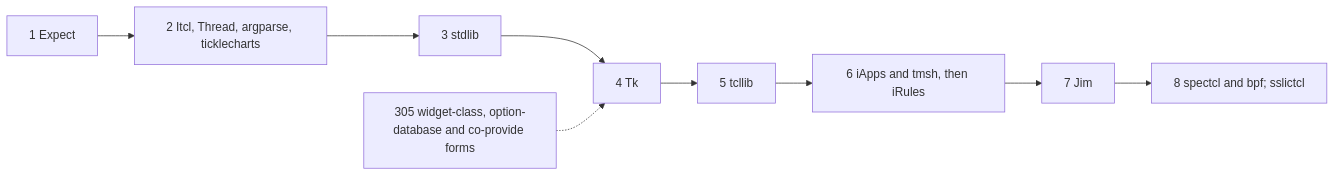
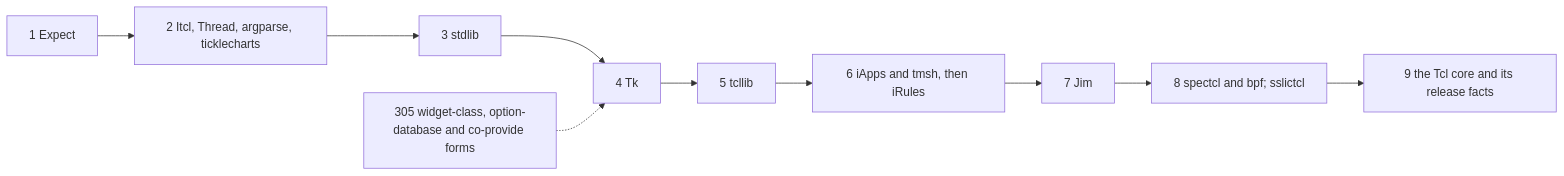
The second of 2 diagrams in docs/design/registry/model/307-libraries-as-data.md (bitwisecook/tcl-lsp), drawn with Mermaid before and after one commit. The commit also changed other lines of this file and 17 other files, not shown here.

````diff
--- a/docs/design/registry/model/307-libraries-as-data.md
+++ b/docs/design/registry/model/307-libraries-as-data.md
@@ -115,11 +143,12 @@
 ```mermaid
 flowchart LR
   expect["1 Expect"] --> small["2 Itcl, Thread, argparse, ticklecharts"]
   small --> stdlib["3 stdlib"]
   stdlib --> tk["4 Tk"]
   tk --> tcllib["5 tcllib"]
   tcllib --> f5["6 iApps and tmsh, then iRules"]
   f5 --> jim["7 Jim"]
   jim --> dsl["8 spectcl and bpf; sslictcl"]
+  dsl --> tclCore["9 the Tcl core and its release facts"]
   vocab["305 widget-class, option-database and co-provide forms"] -.-> tk
 ```
````
